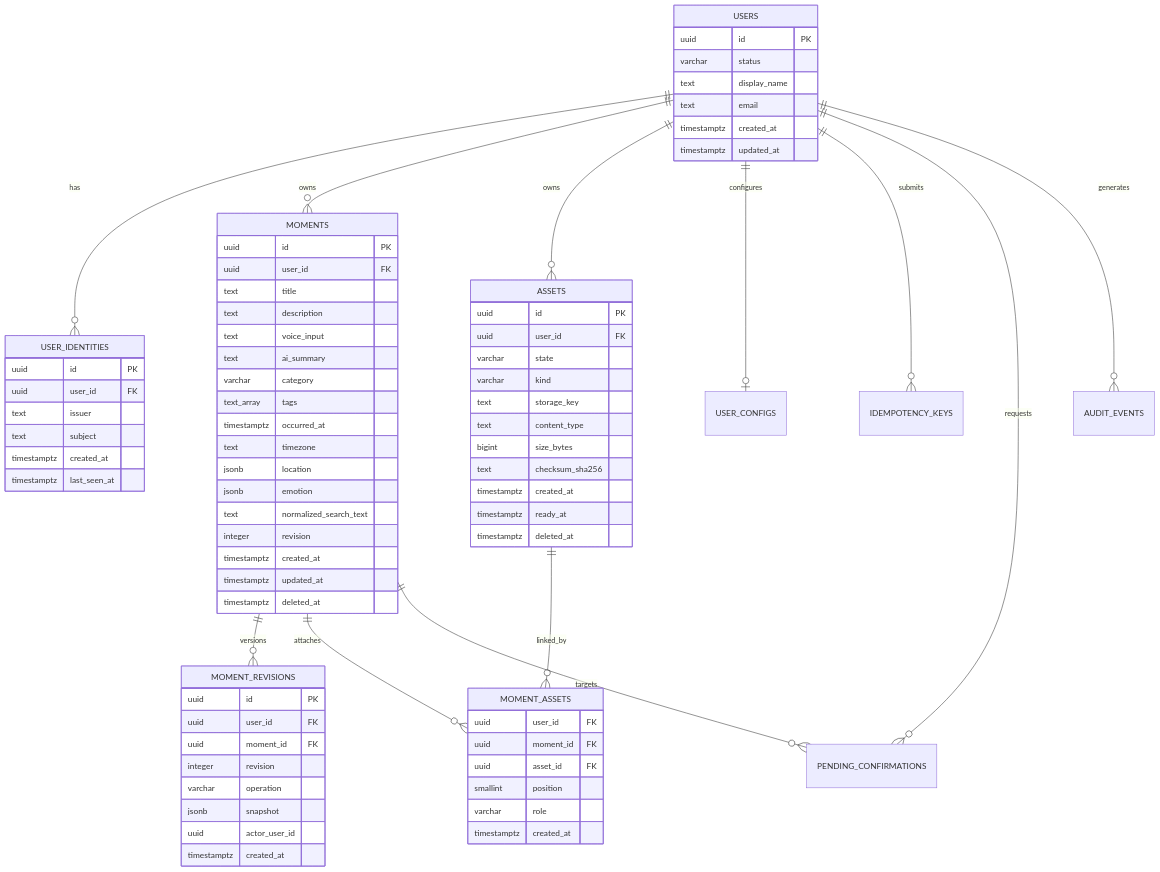
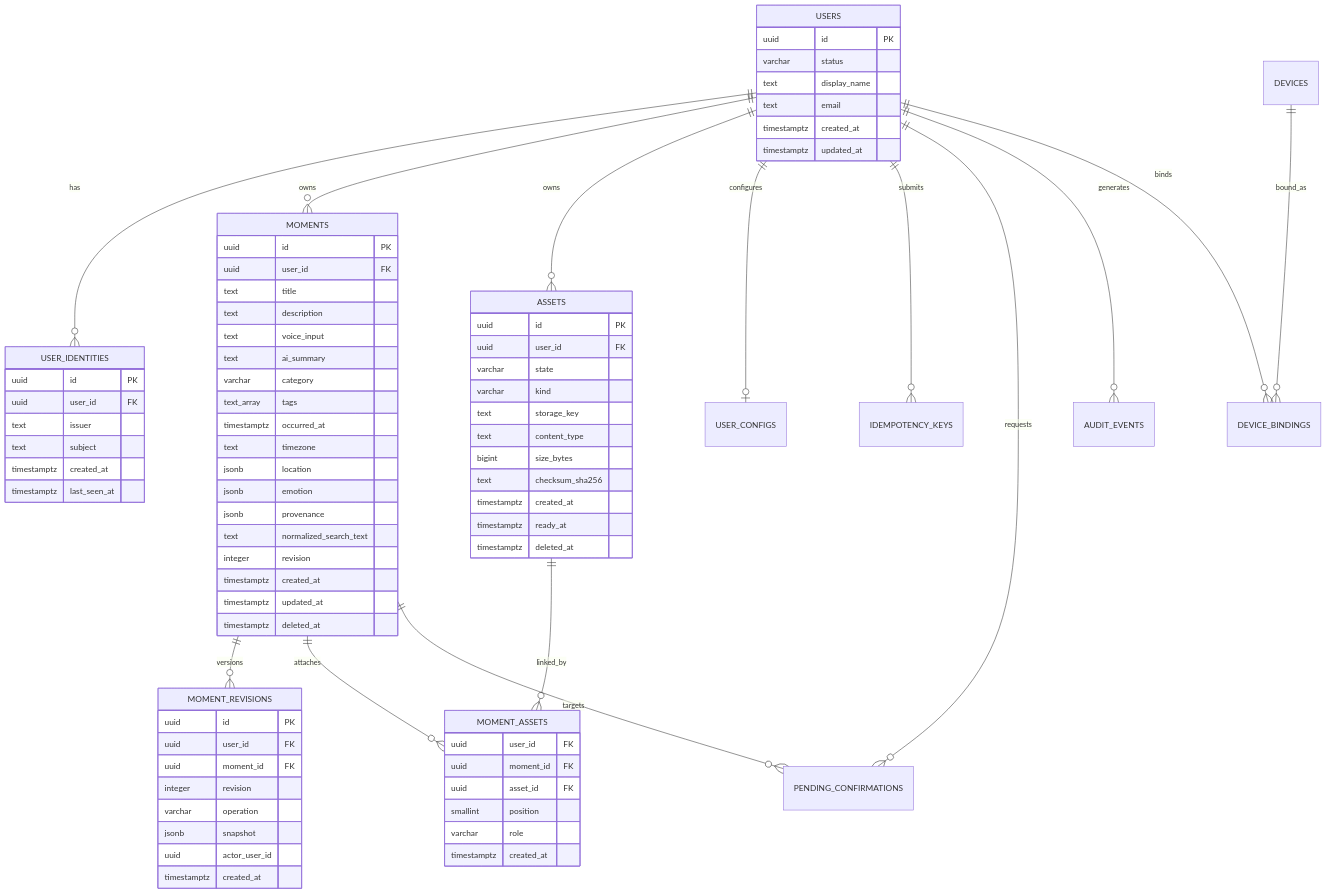
One commit to Sir-YuanShuai/MomentOneServer changed the diagram in docs/data/STORAGE_DATA_MODEL.md. Above: the diagram before and after it, drawn with Mermaid. The commit also changed other lines of this file and 40 other files, not shown here.

First line of the commit message:
feat: implement device binding with QR code flow and OAuth 2.1 token endpoint (#2)

```diff
--- a/docs/data/STORAGE_DATA_MODEL.md
+++ b/docs/data/STORAGE_DATA_MODEL.md
@@ -73,6 +74,8 @@
     USERS ||--o{ IDEMPOTENCY_KEYS : submits
     USERS ||--o{ PENDING_CONFIRMATIONS : requests
     USERS ||--o{ AUDIT_EVENTS : generates
+    USERS ||--o{ DEVICE_BINDINGS : binds
+    DEVICES ||--o{ DEVICE_BINDINGS : bound_as
 
     MOMENTS ||--o{ MOMENT_REVISIONS : versions
     MOMENTS ||--o{ MOMENT_ASSETS : attaches
@@ -110,6 +113,7 @@
       text timezone
       jsonb location
       jsonb emotion
+      jsonb provenance
       text normalized_search_text
       integer revision
       timestamptz created_at
```
